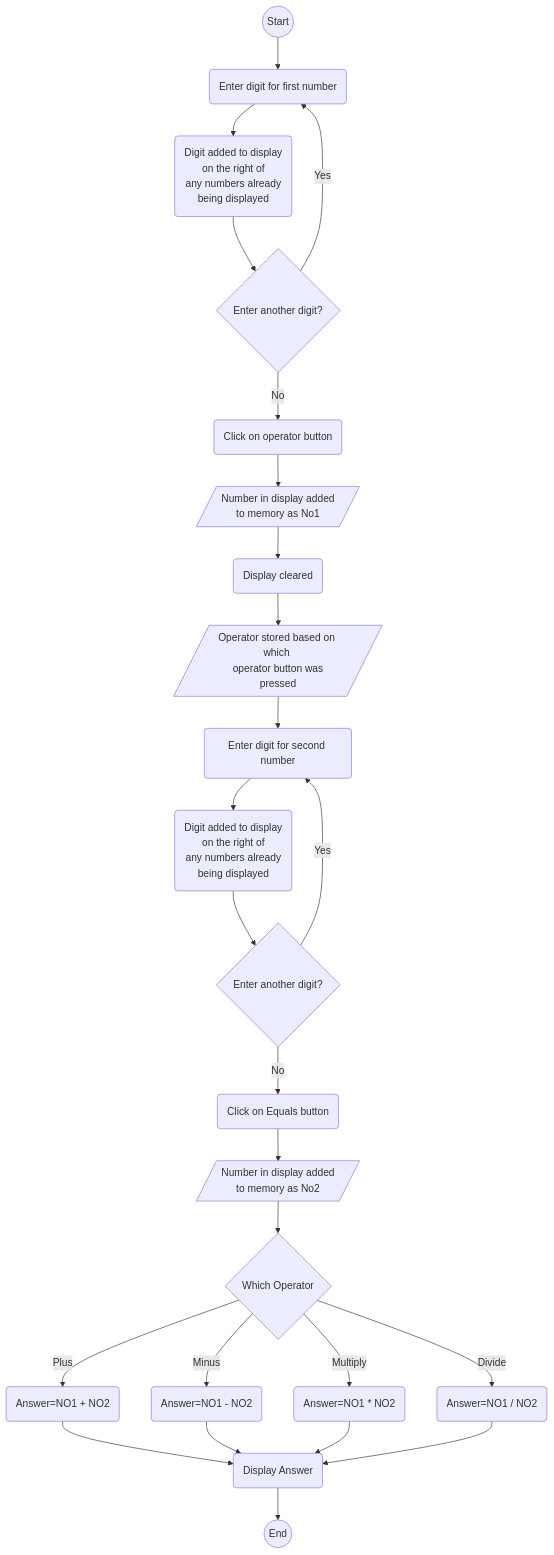
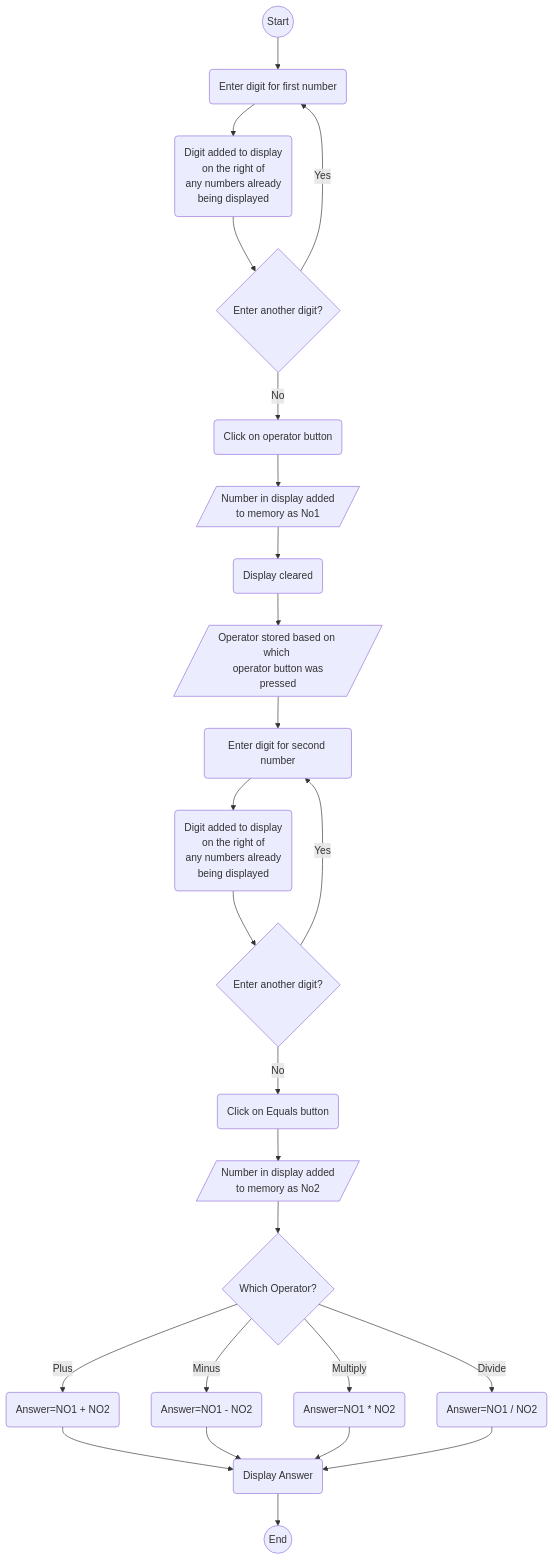
One commit to NeilParkerBSDC/WebAppExamples changed the diagram in README.md. Above: the diagram before and after it, drawn with Mermaid. The commit also changed other lines of this file, not shown here.

````diff
--- a/README.md
+++ b/README.md
@@ -36,29 +34,29 @@
 ```mermaid
 
 flowchart TD
     Start((Start)) --> FN1-1(Enter digit for first number)
     FN1-1 --> FN1-2(Digit added to display \n on the right of \n any numbers already \n being displayed)
     FN1-2 -->FN1-3{Enter another digit?}
     FN1-3 --> | Yes | FN1-1
     FN1-3 --> | No | FO(Click on operator button)
     FO --> FO1[/Number in display added \n to memory as No1/]
     FO1 --> FO2(Display cleared)
     FO2 --> FO3[/Operator stored based on which \n operator button was pressed/]
     FO3 --> FN2-1(Enter digit for second number)
     FN2-1 --> FN2-2(Digit added to display \n on the right of \n any numbers already \n being displayed)
     FN2-2 -->FN2-3{Enter another digit?}
     FN2-3 --> | Yes | FN2-1
     FN2-3 --> | No | Eq(Click on Equals button)
     Eq --> Eq1[/Number in display added \n to memory as No2/]
     Eq1 --> Eq2(Display cleared)
-    Eq2{Which Operator}--> | Plus | EQ3-1(Answer=NO1 + NO2)
+    Eq2{Which Operator?}--> | Plus | EQ3-1(Answer=NO1 + NO2)
     Eq2--> | Minus | EQ3-2(Answer=NO1 - NO2)
     Eq2--> | Multiply | EQ3-3(Answer=NO1 * NO2)
     Eq2--> | Divide| EQ3-4(Answer=NO1 / NO2)
     EQ3-1 --> DA(Display Answer)
     EQ3-2 --> DA(Display Answer)
     EQ3-3 --> DA(Display Answer)
     EQ3-4 --> DA(Display Answer)
     DA --> End((End))
 
 ```
````
